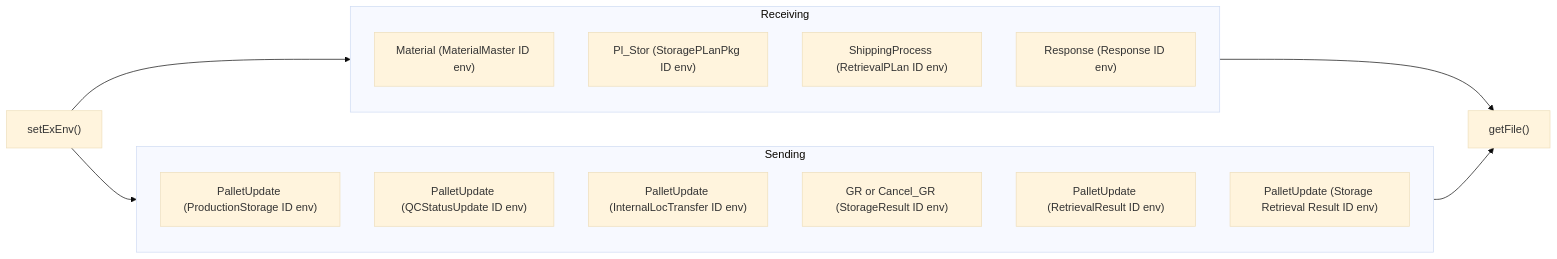
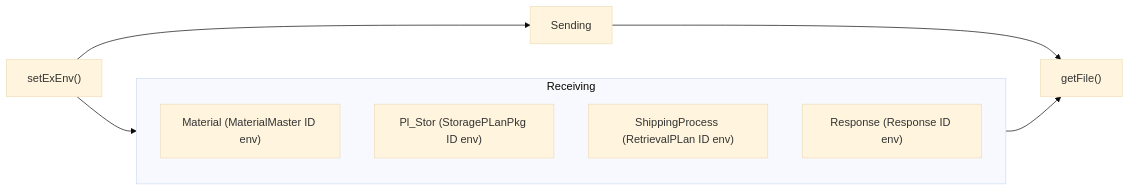
One commit to luthfiadityaa/SimeDarby-Wiki changed the sixth of 9 diagrams in Basic-Design/Host-Interfaces/Receive-Method.md. Above: the diagram before and after it, drawn with Mermaid (base theme).

Commit message:
Updated Receive Method

```diff
--- a/Basic-Design/Host-Interfaces/Receive-Method.md
+++ b/Basic-Design/Host-Interfaces/Receive-Method.md
@@ -325,23 +325,14 @@
 ::: mermaid
 flowchart LR
  E1["getFile()"]
  C1["setExEnv()"]  
  C1 --> Receiving --> E1
  C1 --> Sending --> E1
 
 subgraph Receiving
  C21["Material (MaterialMaster ID env)"]
  C22["Pl_Stor (StoragePLanPkg ID env)"] 
  C23["ShippingProcess (RetrievalPLan ID env)"] 
  C24["Response (Response ID env)"]
 end
-
-subgraph Sending
- C25["PalletUpdate (ProductionStorage ID env)"]
- C26["PalletUpdate (QCStatusUpdate ID env)"]
- C27["PalletUpdate (InternalLocTransfer ID env)"] 
- C28["GR or Cancel_GR (StorageResult ID env)"]
- C29["PalletUpdate (RetrievalResult ID env)"] 
- C30["PalletUpdate (Storage Retrieval Result ID env)"] 
-end 
 :::
```
